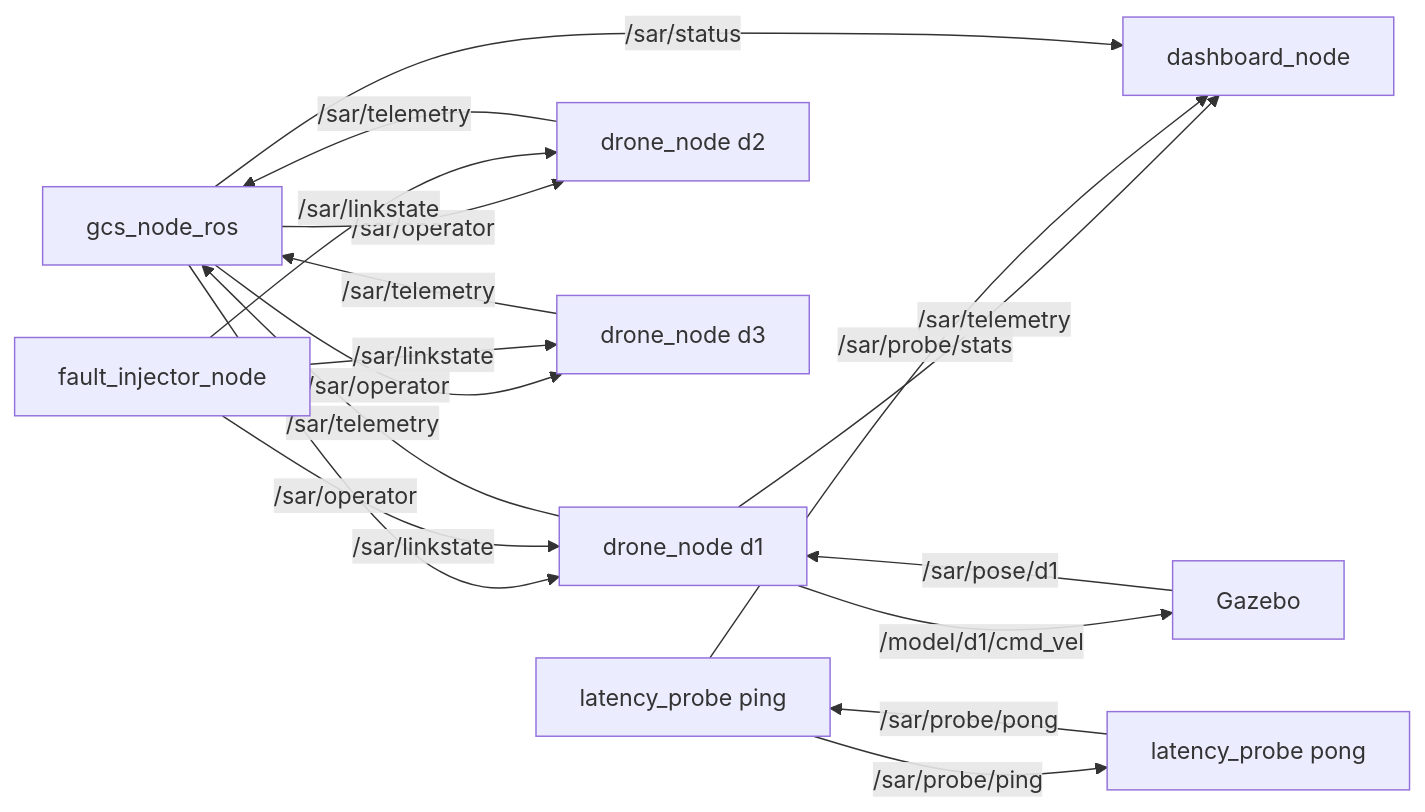
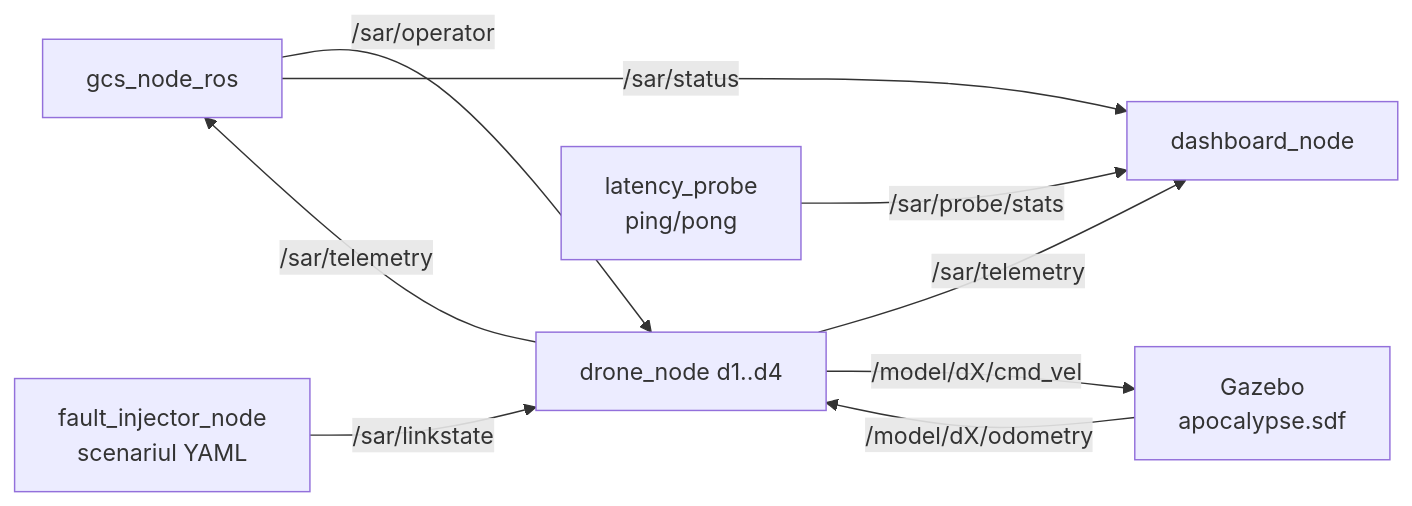
Before and after one commit to alexandru-tech-web/ROS2: the diagram in sar_swarm/README.md, drawn with Mermaid. The commit also changed other lines of this file and 5 other files, not shown here.

````diff
--- a/sar_swarm/README.md
+++ b/sar_swarm/README.md
@@ -9,19 +10,11 @@
 ```mermaid
 graph LR
-    GCS[gcs_node_ros] -- "/sar/operator" --> D1[drone_node d1]
-    GCS -- "/sar/operator" --> D2[drone_node d2]
-    GCS -- "/sar/operator" --> D3[drone_node d3]
-    D1 -- "/sar/telemetry" --> GCS
-    D2 -- "/sar/telemetry" --> GCS
-    D3 -- "/sar/telemetry" --> GCS
-    D1 -- "/sar/telemetry" --> DB[dashboard_node]
-    FI[fault_injector_node] -- "/sar/linkstate" --> D1
-    FI -- "/sar/linkstate" --> D2
-    FI -- "/sar/linkstate" --> D3
-    LP[latency_probe ping] -- "/sar/probe/ping" --> LPP[latency_probe pong]
-    LPP -- "/sar/probe/pong" --> LP
-    LP -- "/sar/probe/stats" --> DB
+    GCS[gcs_node_ros] -- "/sar/operator" --> D[drone_node d1..d4]
+    D -- "/sar/telemetry" --> GCS
+    D -- "/sar/telemetry" --> DB[dashboard_node]
     GCS -- "/sar/status" --> DB
-    D1 -- "/model/d1/cmd_vel" --> GZ[Gazebo]
-    GZ -- "/sar/pose/d1" --> D1
+    FI[fault_injector_node<br/>scenariul YAML] -- "/sar/linkstate" --> D
+    LP[latency_probe<br/>ping/pong] -- "/sar/probe/stats" --> DB
+    D -- "/model/dX/cmd_vel" --> GZ[Gazebo<br/>apocalypse.sdf]
+    GZ -- "/model/dX/odometry" --> D
 ```
````
